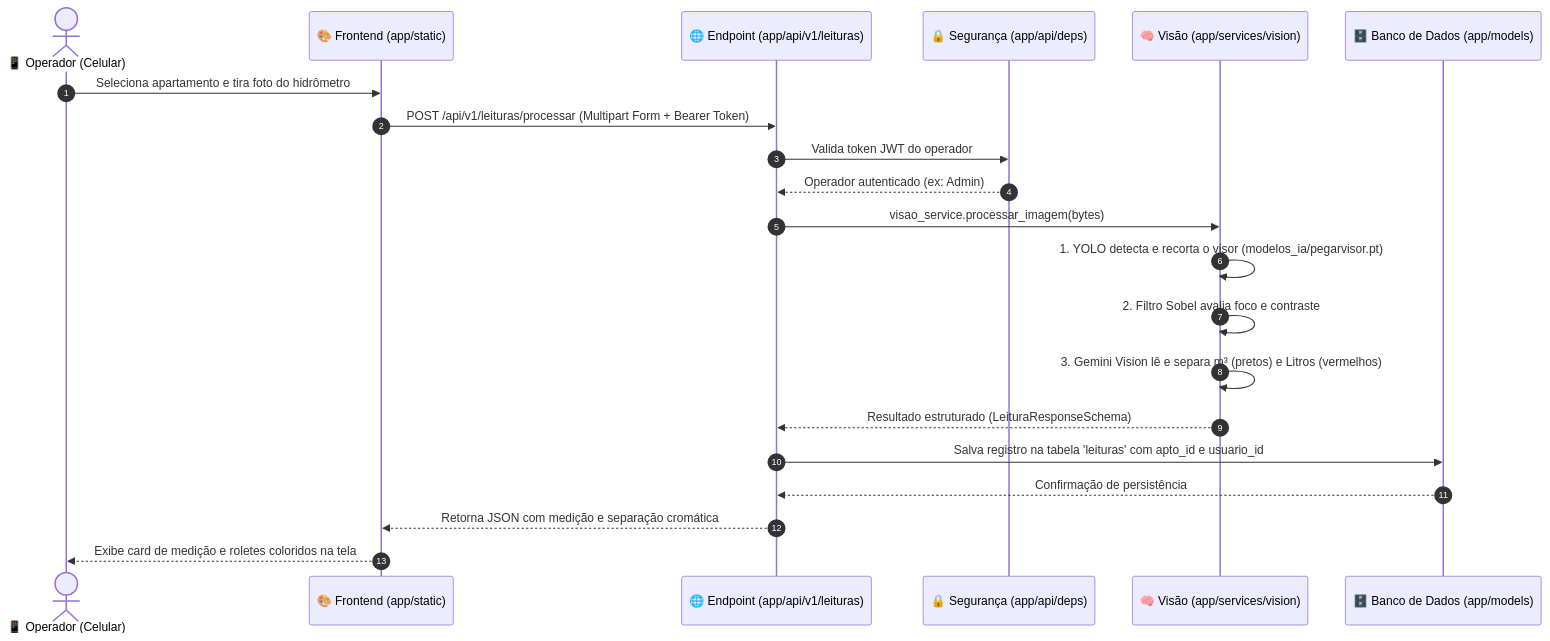
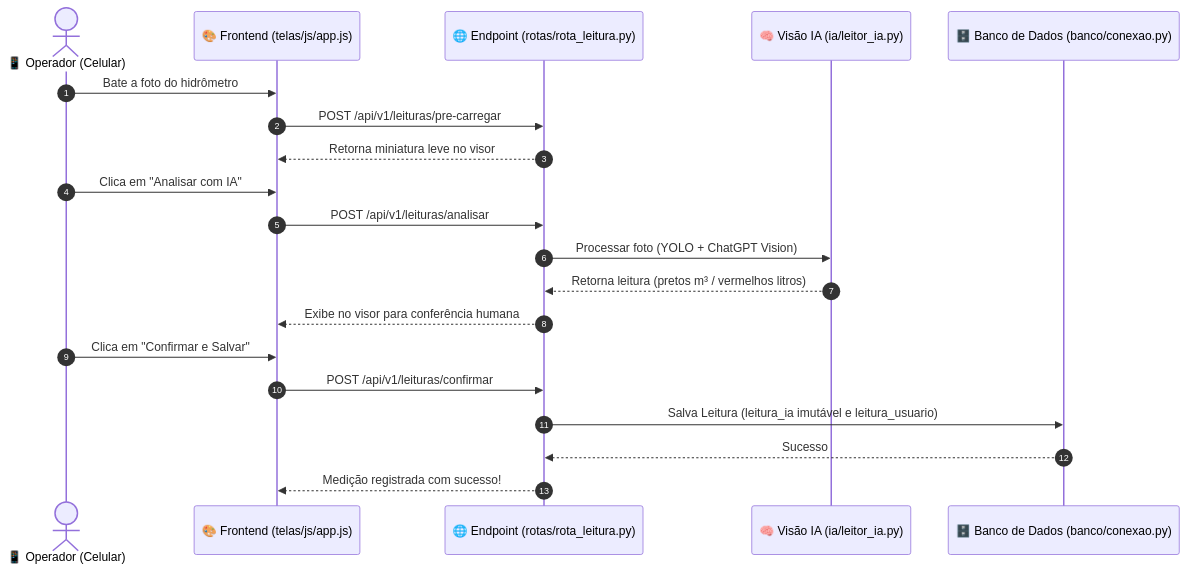
One commit to pichee/Trabalho changed the diagram in ARQUITETURA.md. Above: the diagram before and after it, drawn with Mermaid. The commit also changed other lines of this file and 20 other files, not shown here.

````diff
--- a/ARQUITETURA.md
+++ b/ARQUITETURA.md
@@ -42,24 +47,23 @@
 ```mermaid
 sequenceDiagram
     autonumber
     actor Operador as 📱 Operador (Celular)
-    participant Front as 🎨 Frontend (app/static)
-    participant API as 🌐 Endpoint (app/api/v1/leituras)
-    participant Dep as 🔒 Segurança (app/api/deps)
-    participant IA as 🧠 Visão (app/services/vision)
-    participant DB as 🗄️ Banco de Dados (app/models)
+    participant Front as 🎨 Frontend (telas/js/app.js)
+    participant API as 🌐 Endpoint (rotas/rota_leitura.py)
+    participant IA as 🧠 Visão IA (ia/leitor_ia.py)
+    participant DB as 🗄️ Banco de Dados (banco/conexao.py)
 
-    Operador->>Front: Seleciona apartamento e tira foto do hidrômetro
-    Front->>API: POST /api/v1/leituras/processar (Multipart Form + Bearer Token)
-    API->>Dep: Valida token JWT do operador
-    Dep-->>API: Operador autenticado (ex: Admin)
-    API->>IA: visao_service.processar_imagem(bytes)
-    IA->>IA: 1. YOLO detecta e recorta o visor (modelos_ia/pegarvisor.pt)
-    IA->>IA: 2. Filtro Sobel avalia foco e contraste
-    IA->>IA: 3. Gemini Vision lê e separa m³ (pretos) e Litros (vermelhos)
-    IA-->>API: Resultado estruturado (LeituraResponseSchema)
-    API->>DB: Salva registro na tabela 'leituras' com apto_id e usuario_id
-    DB-->>API: Confirmação de persistência
-    API-->>Front: Retorna JSON com medição e separação cromática
-    Front-->>Operador: Exibe card de medição e roletes coloridos na tela
+    Operador->>Front: Bate a foto do hidrômetro
+    Front->>API: POST /api/v1/leituras/pre-carregar
+    API-->>Front: Retorna miniatura leve no visor
+    Operador->>Front: Clica em "Analisar com IA"
+    Front->>API: POST /api/v1/leituras/analisar
+    API->>IA: Processar foto (YOLO + ChatGPT Vision)
+    IA-->>API: Retorna leitura (pretos m³ / vermelhos litros)
+    API-->>Front: Exibe no visor para conferência humana
+    Operador->>Front: Clica em "Confirmar e Salvar"
+    Front->>API: POST /api/v1/leituras/confirmar
+    API->>DB: Salva Leitura (leitura_ia imutável e leitura_usuario)
+    DB-->>API: Sucesso
+    API-->>Front: Medição registrada com sucesso!
 ```
````
